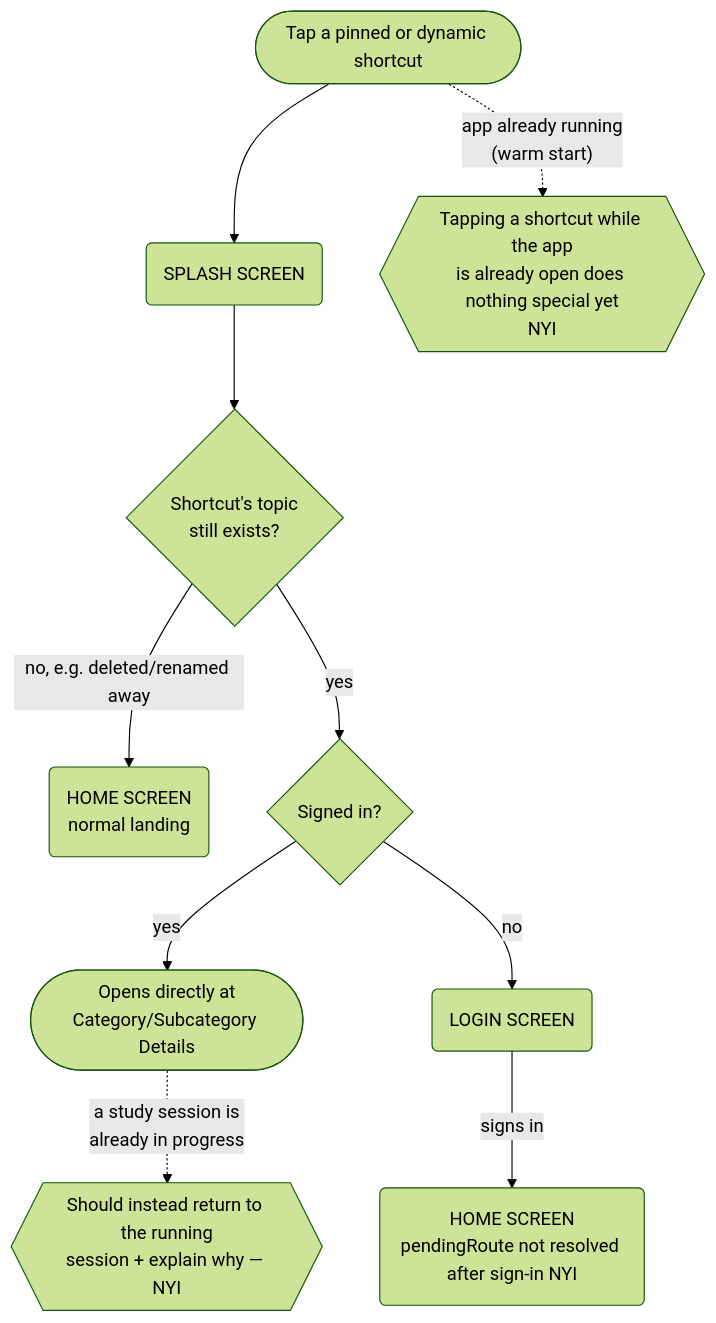
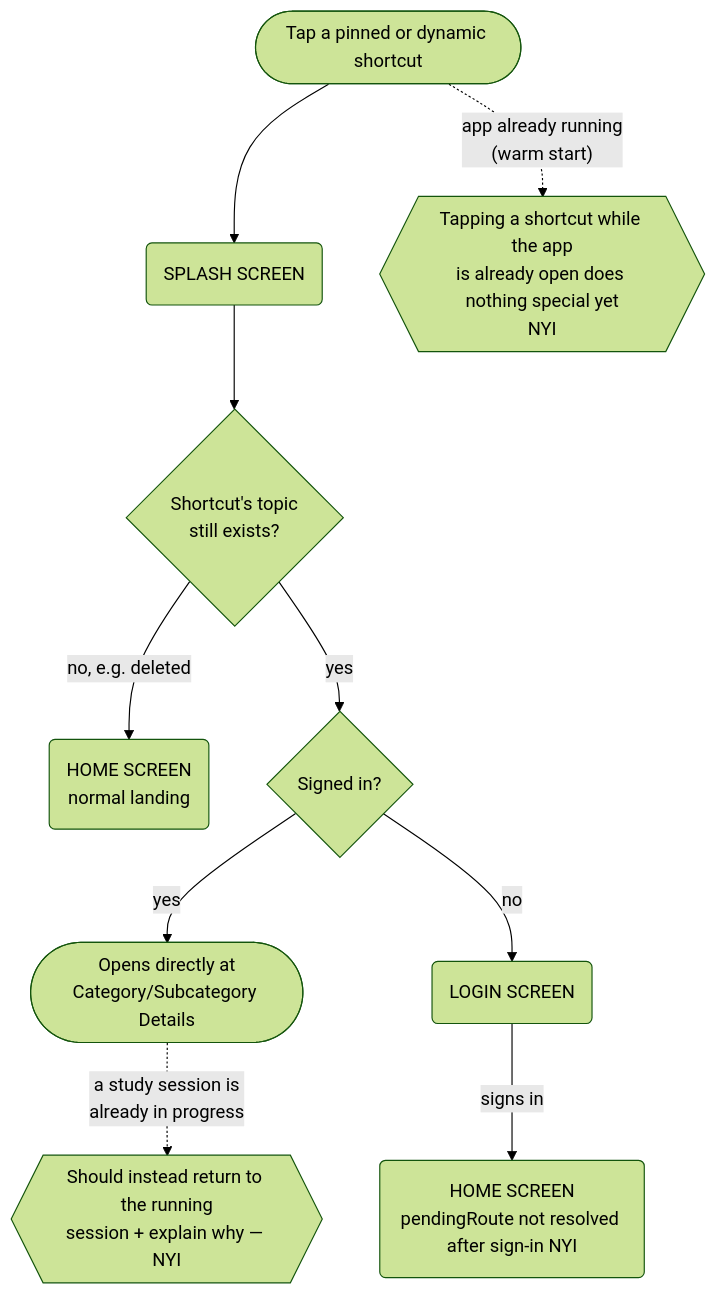
The third of 3 diagrams in docs/user-flow/shortcuts.md (rmakowiecki/Flashcards), drawn with Mermaid (forest theme) before and after one commit.

Commit message:
docs: update shortcuts.md diagram

````diff
--- a/docs/user-flow/shortcuts.md
+++ b/docs/user-flow/shortcuts.md
@@ -41,16 +41,16 @@
 ```mermaid
 flowchart TD
     ShortcutTap([Tap a pinned or dynamic shortcut]) --> Splash(SPLASH SCREEN)
 Splash --> StillValid{Shortcut's topic\nstill exists?}
 
-StillValid -->|no, e.g. deleted/renamed away| Home(HOME SCREEN\nnormal landing)
+StillValid -->|no, e.g. deleted| Home(HOME SCREEN\nnormal landing)
 StillValid -->|yes| SignedIn2{Signed in?}
 
 SignedIn2 -->|yes| DirectOpen([Opens directly at\nCategory/Subcategory Details])
 SignedIn2 -->|no| LoginScreen(LOGIN SCREEN)
 LoginScreen -->|signs in| Home2(HOME SCREEN\npendingRoute not resolved after sign-in NYI)
 
 
 ShortcutTap -.->|"app already running\n(warm start)"| WarmNYI{{Tapping a shortcut while the app\nis already open does nothing special yet\nNYI}}
 DirectOpen -.->|"a study session is\nalready in progress"| SessionNYI{{Should instead return to the running\nsession + explain why — NYI}}
 ```
````
